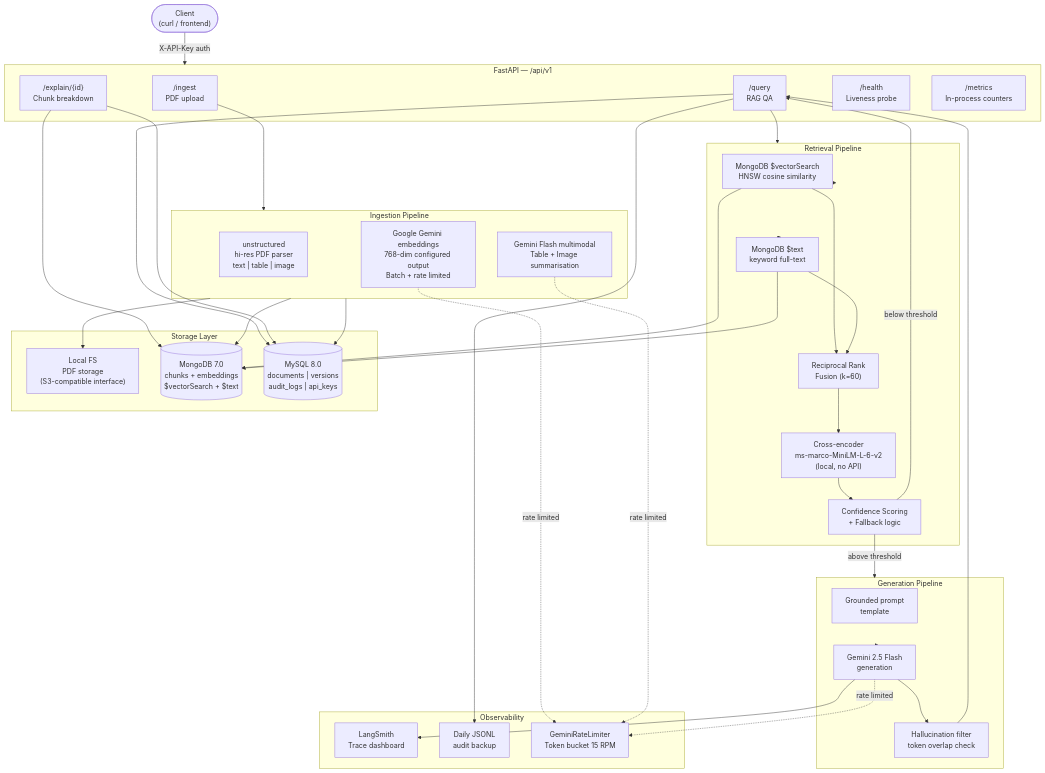
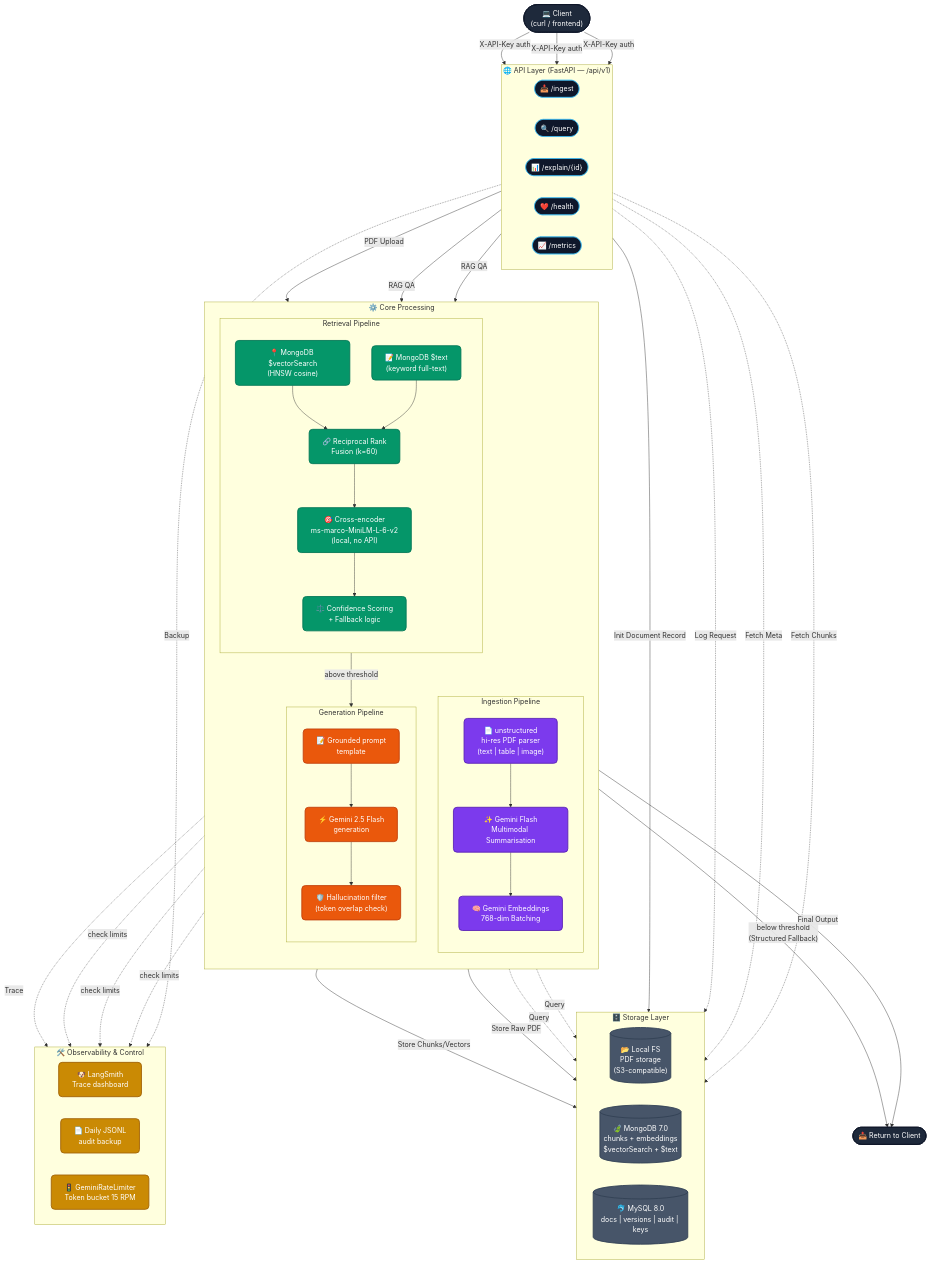
One commit to SHASMAN3/insightdocketv2 changed the diagram in README.md. Above: the diagram before and after it, drawn with Mermaid.

Commit message:
Revise architecture diagram in README.md
Updated the architecture diagram in README.md to enhance clarity and visual representation of the system components.

````diff
--- a/README.md
+++ b/README.md
@@ -21,75 +21,111 @@
 ```mermaid
-flowchart TD
-    Client(["Client\n(curl / frontend)"])
+flowchart TB
+    %% --- Styling Definitions ---
+    classDef client fill:#1E293B,stroke:#0F172A,stroke-width:2px,color:#fff,rx:8px,ry:8px,shadow:true
+    classDef api fill:#0284C7,stroke:#0369A1,stroke-width:2px,color:#fff,rx:8px,ry:8px,shadow:true
+    classDef ingest fill:#7C3AED,stroke:#5B21B6,stroke-width:2px,color:#fff,rx:8px,ry:8px,shadow:true
+    classDef retrieve fill:#059669,stroke:#047857,stroke-width:2px,color:#fff,rx:8px,ry:8px,shadow:true
+    classDef generate fill:#EA580C,stroke:#C2410C,stroke-width:2px,color:#fff,rx:8px,ry:8px,shadow:true
+    classDef storage fill:#475569,stroke:#334155,stroke-width:2px,color:#fff,rx:8px,ry:8px,shadow:true
+    classDef observe fill:#CA8A04,stroke:#A16207,stroke-width:2px,color:#fff,rx:8px,ry:8px,shadow:true
+    classDef endpoint fill:#0F172A,stroke:#38BDF8,stroke-width:1px,color:#fff,rx:15px,ry:15px
 
-    subgraph API["FastAPI — /api/v1"]
-        INGEST["/ingest\nPDF upload"]
-        QUERY["/query\nRAG QA"]
-        EXPLAIN["/explain/{id}\nChunk breakdown"]
-        HEALTH["/health\nLiveness probe"]
-        METRICS["/metrics\nIn-process counters"]
+    Client(["💻 Client<br/>(curl / frontend)"]):::client
+
+    %% --- API Layer ---
+    subgraph API["🌐 API Layer (FastAPI — /api/v1)"]
+        direction LR
+        INGEST(["📥 /ingest"]):::endpoint
+        QUERY(["🔍 /query"]):::endpoint
+        EXPLAIN(["📊 /explain/{id}"]):::endpoint
+        HEALTH(["❤️ /health"]):::endpoint
+        METRICS(["📈 /metrics"]):::endpoint
     end
 
-    subgraph Ingestion["Ingestion Pipeline"]
-        PARSER["unstructured\nhi-res PDF parser\ntext | table | image"]
-        SUMMARISER["Gemini Flash multimodal\nTable + Image summarisation"]
-        EMBEDDER["Google Gemini embeddings\n768-dim configured output\nBatch + rate limited"]
+    %% --- Core RAG Pipelines ---
+    subgraph Pipelines ["⚙️ Core Processing"]
+        direction TB
+        
+        subgraph Ingestion ["Ingestion Pipeline"]
+            direction TB
+            PARSER["📄 unstructured<br/>hi-res PDF parser<br/>(text | table | image)"]:::ingest
+            SUMMARISER["✨ Gemini Flash<br/>Multimodal Summarisation"]:::ingest
+            EMBEDDER["🧠 Gemini Embeddings<br/>768-dim Batching"]:::ingest
+        end
+
+        subgraph Retrieval ["Retrieval Pipeline"]
+            direction TB
+            VSEARCH["📍 MongoDB $vectorSearch<br/>(HNSW cosine)"]:::retrieve
+            TSEARCH["📝 MongoDB $text<br/>(keyword full-text)"]:::retrieve
+            RRF["🔗 Reciprocal Rank<br/>Fusion (k=60)"]:::retrieve
+            RERANK["🎯 Cross-encoder<br/>ms-marco-MiniLM-L-6-v2<br/>(local, no API)"]:::retrieve
+            CONF["⚖️ Confidence Scoring<br/>+ Fallback logic"]:::retrieve
+        end
+
+        subgraph Generation ["Generation Pipeline"]
+            direction TB
+            PROMPT["📝 Grounded prompt<br/>template"]:::generate
+            GEMINI["⚡ Gemini 2.5 Flash<br/>generation"]:::generate
+            HALLUC["🛡️ Hallucination filter<br/>(token overlap check)"]:::generate
+        end
     end
 
-    subgraph Retrieval["Retrieval Pipeline"]
-        VSEARCH["MongoDB $vectorSearch\nHNSW cosine similarity"]
-        TSEARCH["MongoDB $text\nkeyword full-text"]
-        RRF["Reciprocal Rank\nFusion (k=60)"]
-        RERANK["Cross-encoder\nms-marco-MiniLM-L-6-v2\n(local, no API)"]
-        CONF["Confidence Scoring\n+ Fallback logic"]
+    %% --- Storage Layer ---
+    subgraph Storage ["🗄️ Storage Layer"]
+        direction LR
+        LOCALFS[("📂 Local FS<br/>PDF storage<br/>(S3-compatible)")]:::storage
+        MONGO[("🍃 MongoDB 7.0<br/>chunks + embeddings<br/>$vectorSearch + $text")]:::storage
+        MYSQL[("🐬 MySQL 8.0<br/>docs | versions | audit | keys")]:::storage
     end
 
-    subgraph Generation["Generation Pipeline"]
-        PROMPT["Grounded prompt\ntemplate"]
-        GEMINI["Gemini 2.5 Flash\ngeneration"]
-        HALLUC["Hallucination filter\ntoken overlap check"]
+    %% --- Observability Layer ---
+    subgraph Observability ["🛠️ Observability & Control"]
+        direction LR
+        LANGSMITH["🐶 LangSmith<br/>Trace dashboard"]:::observe
+        JSONL["📄 Daily JSONL<br/>audit backup"]:::observe
+        RATELIM["🚦 GeminiRateLimiter<br/>Token bucket 15 RPM"]:::observe
     end
 
-    subgraph Storage["Storage Layer"]
-        LOCALFS["Local FS\nPDF storage\n(S3-compatible interface)"]
-        MONGO[("MongoDB 7.0\nchunks + embeddings\n$vectorSearch + $text")]
-        MYSQL[("MySQL 8.0\ndocuments | versions\naudit_logs | api_keys")]
-    end
+    %% =======================
+    %% EDGE ROUTING & LOGIC
+    %% =======================
 
-    subgraph Observability
-        LANGSMITH["LangSmith\nTrace dashboard"]
-        JSONL["Daily JSONL\naudit backup"]
-        RATELIM["GeminiRateLimiter\nToken bucket 15 RPM"]
-    end
+    %% Client Auth
+    Client -->|"X-API-Key auth"| INGEST & QUERY & EXPLAIN
 
-    Client -->|"X-API-Key auth"| API
-    INGEST --> Ingestion
-    Ingestion --> LOCALFS
-    Ingestion --> MONGO
-    Ingestion --> MYSQL
+    %% Ingestion Flow
+    INGEST -->|"PDF Upload"| PARSER
+    PARSER --> SUMMARISER --> EMBEDDER
+    
+    %% Retrieval Flow
+    QUERY -->|"RAG QA"| VSEARCH & TSEARCH
+    VSEARCH & TSEARCH --> RRF
+    RRF --> RERANK --> CONF
 
-    QUERY --> Retrieval
-    Retrieval --> VSEARCH
-    Retrieval --> TSEARCH
-    VSEARCH --> RRF
-    TSEARCH --> RRF
-    RRF --> RERANK
-    RERANK --> CONF
-    CONF -->|"above threshold"| Generation
-    CONF -->|"below threshold"| QUERY
-    Generation --> GEMINI
-    GEMINI --> HALLUC
-    HALLUC --> QUERY
+    %% Generation Flow
+    CONF -->|"above threshold"| PROMPT
+    PROMPT --> GEMINI --> HALLUC
+    
+    %% Return Logic (Cleaned up loops)
+    CONF -->|"below threshold<br/>(Structured Fallback)"| RESPONSE(["📤 Return to Client"]):::client
+    HALLUC -->|"Final Output"| RESPONSE
 
-    VSEARCH --> MONGO
-    TSEARCH --> MONGO
-    QUERY --> MYSQL
-    EXPLAIN --> MYSQL
-    EXPLAIN --> MONGO
+    %% Storage Reads/Writes
+    EMBEDDER -->|"Store Chunks/Vectors"| MONGO
+    PARSER -->|"Store Raw PDF"| LOCALFS
+    INGEST -->|"Init Document Record"| MYSQL
+    
+    VSEARCH -.->|"Query"| MONGO
+    TSEARCH -.->|"Query"| MONGO
+    QUERY -.->|"Log Request"| MYSQL
+    EXPLAIN -.->|"Fetch Meta"| MYSQL
+    EXPLAIN -.->|"Fetch Chunks"| MONGO
 
-    GEMINI --> LANGSMITH
-    QUERY --> JSONL
-    GEMINI -.->|"rate limited"| RATELIM
-    EMBEDDER -.->|"rate limited"| RATELIM
-    SUMMARISER -.->|"rate limited"| RATELIM
+    %% Observability Tracking
+    GEMINI -.->|"Trace"| LANGSMITH
+    QUERY -.->|"Backup"| JSONL
+    
+    %% Rate Limiting
+    GEMINI & EMBEDDER & SUMMARISER -.->|"check limits"| RATELIM
+
 ```
````
